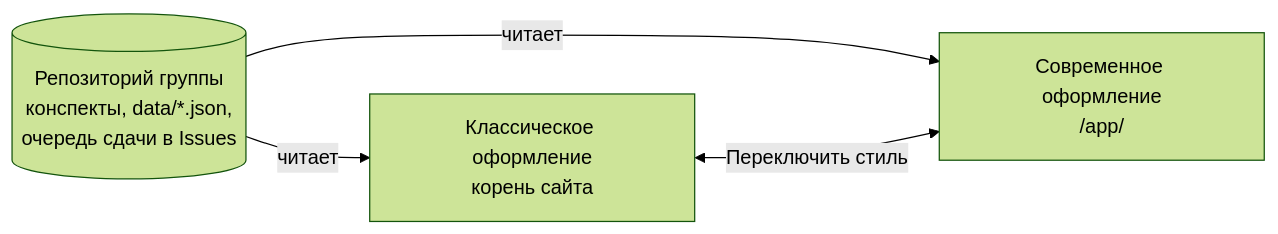
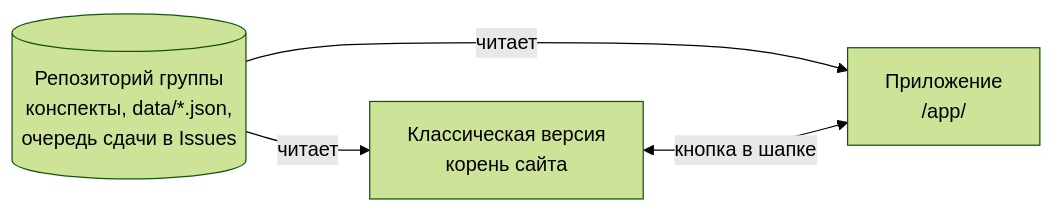
One commit to RedstoneLord/itmo-m3102 changed the diagram in README.md. Above: the diagram before and after it, drawn with Mermaid (forest theme). The commit also changed other lines of this file and 1 other file, not shown here.

Commit message:
Rewrite both READMEs as a plain description of the site and the app

````diff
--- a/README.md
+++ b/README.md
@@ -147,9 +139,9 @@
 ```mermaid
 flowchart LR
   G[("Репозиторий группы<br/>конспекты, data/*.json,<br/>очередь сдачи в Issues")]
-  C["Классическое оформление<br/>корень сайта"]
-  M["Современное оформление<br/>/app/"]
+  C["Классическая версия<br/>корень сайта"]
+  M["Приложение<br/>/app/"]
   G -->|читает| C
   G -->|читает| M
-  C <-->|Переключить стиль| M
+  C <-->|кнопка в шапке| M
 ```
````
